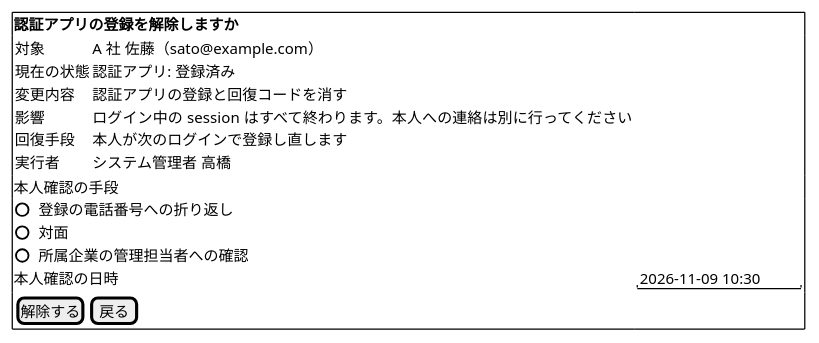
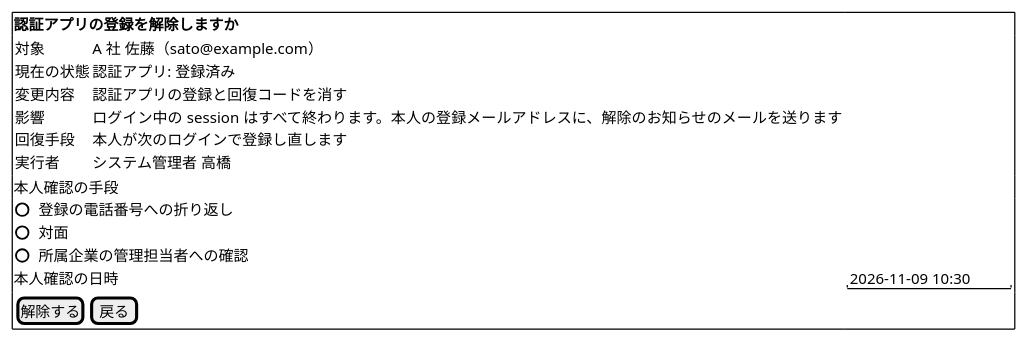
One commit to k2works/practical-domain-driven-design-in-enterpris-application changed diagram 33 of 44 in docs/design/cargo-tracker/ui_design.md. Above: the diagram before and after it, drawn with PlantUML. The commit also changed other lines of this file and 76 other files, not shown here.

````diff
--- a/docs/design/cargo-tracker/ui_design.md
+++ b/docs/design/cargo-tracker/ui_design.md
@@ -1384,21 +1384,21 @@
 ```plantuml
 @startsalt
 {+
   <b>認証アプリの登録を解除しますか
   {
     対象       | A 社 佐藤（sato@example.com）
     現在の状態 | 認証アプリ: 登録済み
     変更内容   | 認証アプリの登録と回復コードを消す
-    影響       | ログイン中の session はすべて終わります。本人への連絡は別に行ってください
+    影響       | ログイン中の session はすべて終わります。本人の登録メールアドレスに、解除のお知らせのメールを送ります
     回復手段   | 本人が次のログインで登録し直します
     実行者     | システム管理者 高橋
   }
   本人確認の手段
   ( ) 登録の電話番号への折り返し
   ( ) 対面
   ( ) 所属企業の管理担当者への確認
   本人確認の日時 | "2026-11-09 10:30"
   { [ 解除する ] | [ 戻る ] }
 }
 @endsalt
 ```
````
